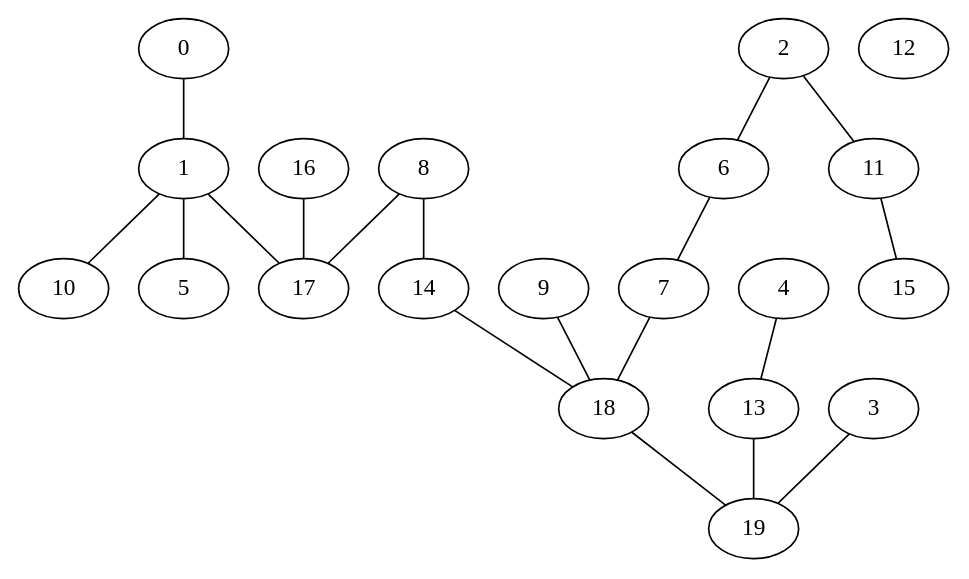
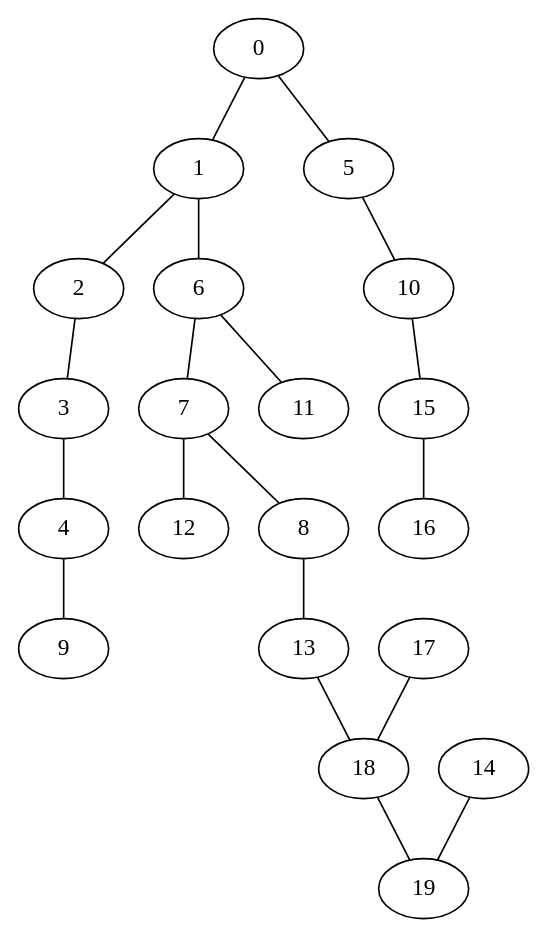
One commit to corentinckf/projetZ1 changed the diagram in partition/mathieu/graph.dot. Above: the diagram before and after it, drawn with Graphviz. The commit also changed 7 other files, not shown here.

Commit message:
ajout fct creation graph couple en grille pour kruskal

```diff
--- a/partition/mathieu/graph.dot
+++ b/partition/mathieu/graph.dot
@@ -1,40 +1,41 @@
 graph { 
 	0--1
-	8--17
-	13--19
-	3--19
+	10--15
+	0--5
+	3--4
+	1--2
+	7--12
 	18--19
-	9--18
-	16--17
+	7--8
 	6--7
-	8--14
-	1--17
-	14--18
-	1--10
-	2--6
-	7--18
-	2--11
-	11--15
-	4--13
-	1--5
+	6--11
+	5--10
+	1--6
+	13--18
+	14--19
+	8--13
+	2--3
+	4--9
+	15--16
+	17--18
 	0
 	1
 	2
 	3
 	4
 	5
 	6
 	7
 	8
 	9
 	10
 	11
 	12
 	13
 	14
 	15
 	16
 	17
 	18
 	19
 } 
```
